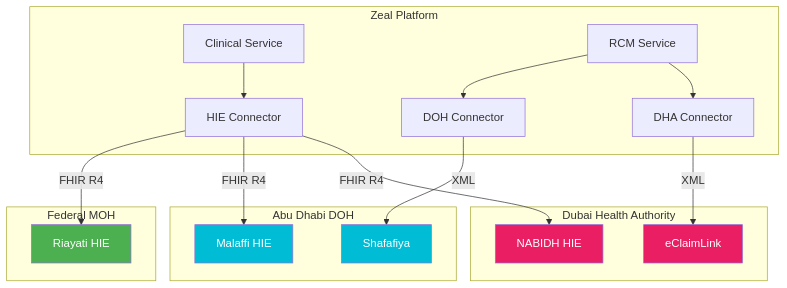
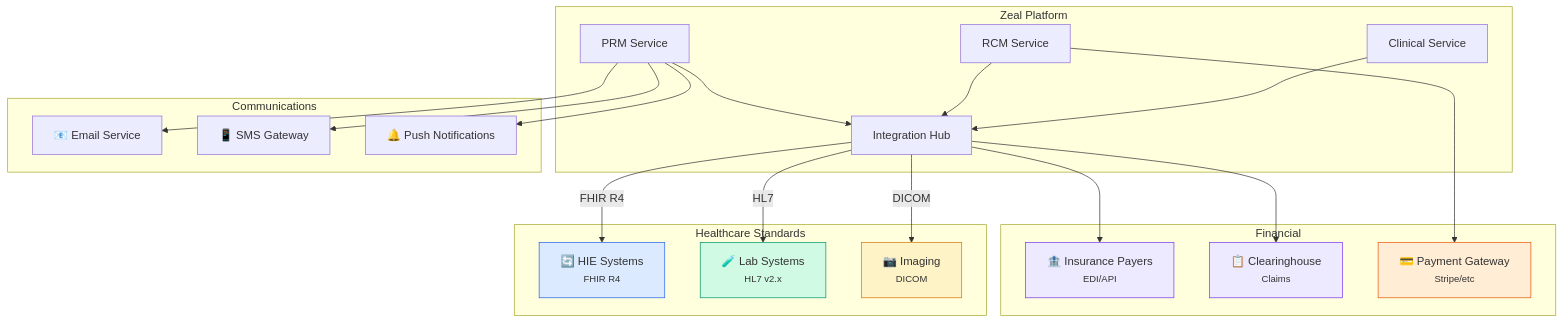
One commit to daivahealth/athma-ce changed the eighth of 15 diagrams in docs/architecture/TECHNICAL-ARCHITECTURE.md. Above: the diagram before and after it, drawn with Mermaid. The commit also changed other lines of this file, not shown here.

Commit message:
High Level Diagram available

````diff
--- a/docs/architecture/TECHNICAL-ARCHITECTURE.md
+++ b/docs/architecture/TECHNICAL-ARCHITECTURE.md
@@ -843,41 +668,50 @@
 ```mermaid
 graph TB
     subgraph "Zeal Platform"
         Clinical[Clinical Service]
         RCM[RCM Service]
-        HIE[HIE Connector]
-        DHA[DHA Connector]
-        DOH[DOH Connector]
+        PRM[PRM Service]
+        IntHub[Integration Hub]
     end
 
-    subgraph "Dubai Health Authority"
-        eClaimLink[eClaimLink]
-        NABIDH[NABIDH HIE]
+    subgraph "Healthcare Standards"
+        HIE["🔄 HIE Systems<br/><small>FHIR R4</small>"]
+        Labs["🧪 Lab Systems<br/><small>HL7 v2.x</small>"]
+        Imaging["📷 Imaging<br/><small>DICOM</small>"]
     end
 
-    subgraph "Abu Dhabi DOH"
-        Shafafiya[Shafafiya]
-        Malaffi[Malaffi HIE]
+    subgraph "Financial"
+        Payers["🏦 Insurance Payers<br/><small>EDI/API</small>"]
+        Clearinghouse["📋 Clearinghouse<br/><small>Claims</small>"]
+        Payments["💳 Payment Gateway<br/><small>Stripe/etc</small>"]
     end
 
-    subgraph "Federal MOH"
-        Riayati[Riayati HIE]
+    subgraph "Communications"
+        Email["📧 Email Service"]
+        SMS["📱 SMS Gateway"]
+        Push["🔔 Push Notifications"]
     end
 
-    Clinical --> HIE
-    RCM --> DHA
-    RCM --> DOH
+    Clinical --> IntHub
+    RCM --> IntHub
+    PRM --> IntHub
 
-    HIE -->|FHIR R4| NABIDH
-    HIE -->|FHIR R4| Malaffi
-    HIE -->|FHIR R4| Riayati
+    IntHub -->|FHIR R4| HIE
+    IntHub -->|HL7| Labs
+    IntHub -->|DICOM| Imaging
 
-    DHA -->|XML| eClaimLink
-    DOH -->|XML| Shafafiya
+    IntHub --> Payers
+    IntHub --> Clearinghouse
+    RCM --> Payments
 
-    style eClaimLink fill:#E91E63,color:#fff
-    style NABIDH fill:#E91E63,color:#fff
-    style Shafafiya fill:#00BCD4,color:#fff
-    style Malaffi fill:#00BCD4,color:#fff
-    style Riayati fill:#4CAF50,color:#fff
+    PRM --> Email
+    PRM --> SMS
+    PRM --> Push
+
+    style HIE fill:#DBEAFE,stroke:#2563EB
+    style Labs fill:#D1FAE5,stroke:#059669
+    style Imaging fill:#FEF3C7,stroke:#D97706
+    style Payers fill:#EDE9FE,stroke:#7C3AED
+    style Clearinghouse fill:#EDE9FE,stroke:#7C3AED
+    style Payments fill:#FFEDD5,stroke:#EA580C
 ```
````
